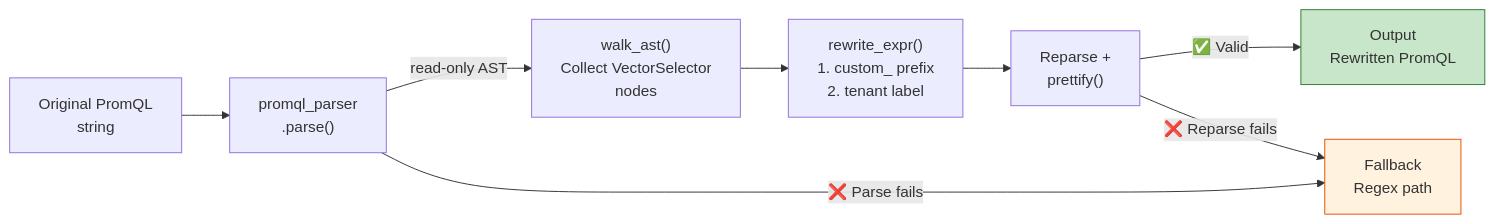
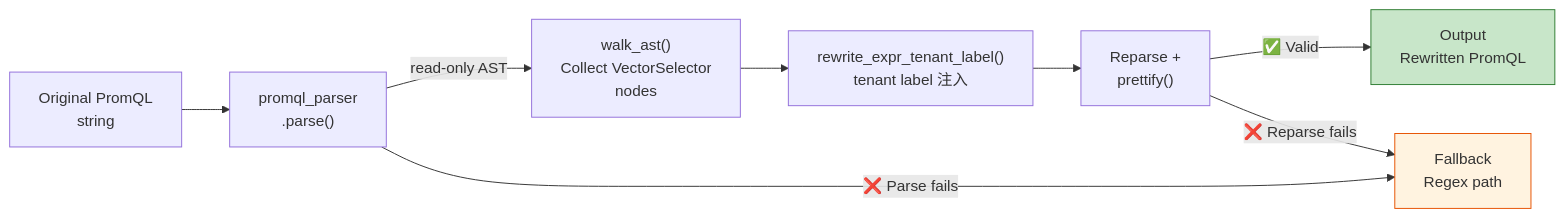
Before and after one commit to vencil/Dynamic-Alerting-Integrations: the diagram in docs/migration-engine.md, drawn with Mermaid. The commit also changed other lines of this file and 15 other files, not shown here.

````diff
--- a/docs/migration-engine.md
+++ b/docs/migration-engine.md
@@ -18,13 +18,13 @@
 ```mermaid
 flowchart LR
     A["Original PromQL<br/>string"] --> B["promql_parser<br/>.parse()"]
     B -->|"read-only AST"| C["walk_ast()<br/>Collect VectorSelector<br/>nodes"]
-    C --> D["rewrite_expr()<br/>1. custom_ prefix<br/>2. tenant label"]
+    C --> D["rewrite_expr_tenant_label()<br/>tenant label 注入"]
     D --> E["Reparse +<br/>prettify()"]
     E -->|"✅ Valid"| F["Output<br/>Rewritten PromQL"]
     B -->|"❌ Parse fails"| G["Fallback<br/>Regex path"]
     E -->|"❌ Reparse fails"| G
 
     style F fill:#c8e6c9,stroke:#2e7d32
     style G fill:#fff3e0,stroke:#e65100
 ```
````
